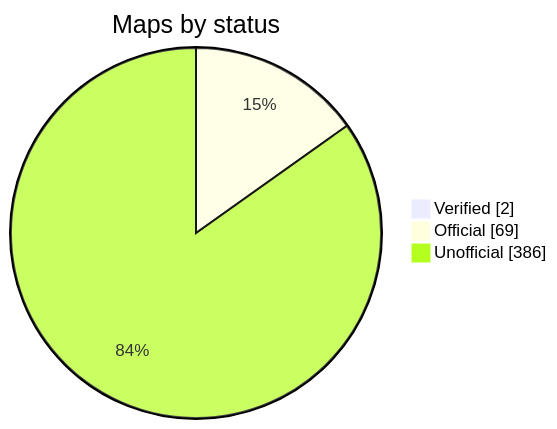
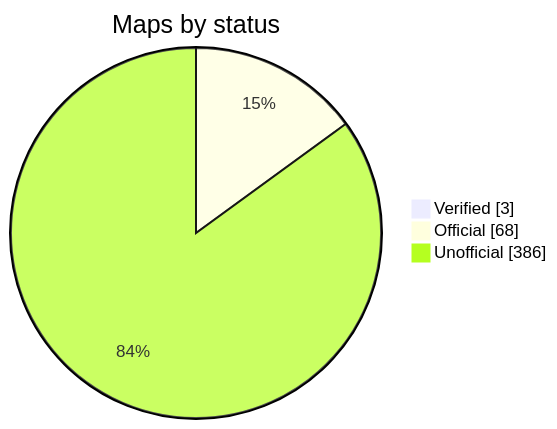
One commit to nobrega8/mbmap-library changed the diagram in README.md. Above: the diagram before and after it, drawn with Mermaid. The commit also changed 2 other files, not shown here.

Commit message:
List the CleanSource UPS under Active Power and mark it verified
Active Power makes the CS XT / CS HD; Piller Power Systems only sells
them in some countries. The map moves to maps/active-power with the
Active Power website, is marked verified after a test on a device, gets
the fixed "AP" identifier as a reference value and the firmware
versions split into major and minor bytes.

````diff
--- a/README.md
+++ b/README.md
@@ -48,7 +48,7 @@
 ```mermaid
 pie showData
     title Maps by status
-    "Verified" : 2
-    "Official" : 69
+    "Verified" : 3
+    "Official" : 68
     "Unofficial" : 386
 ```
````
